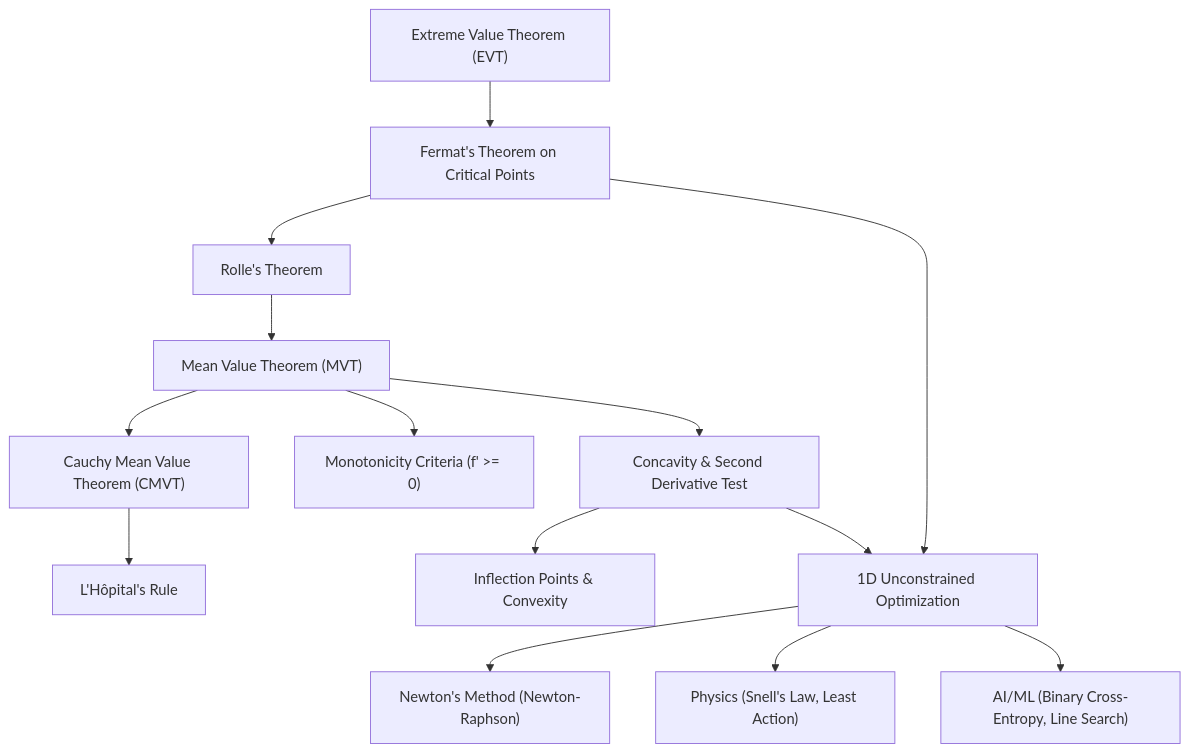
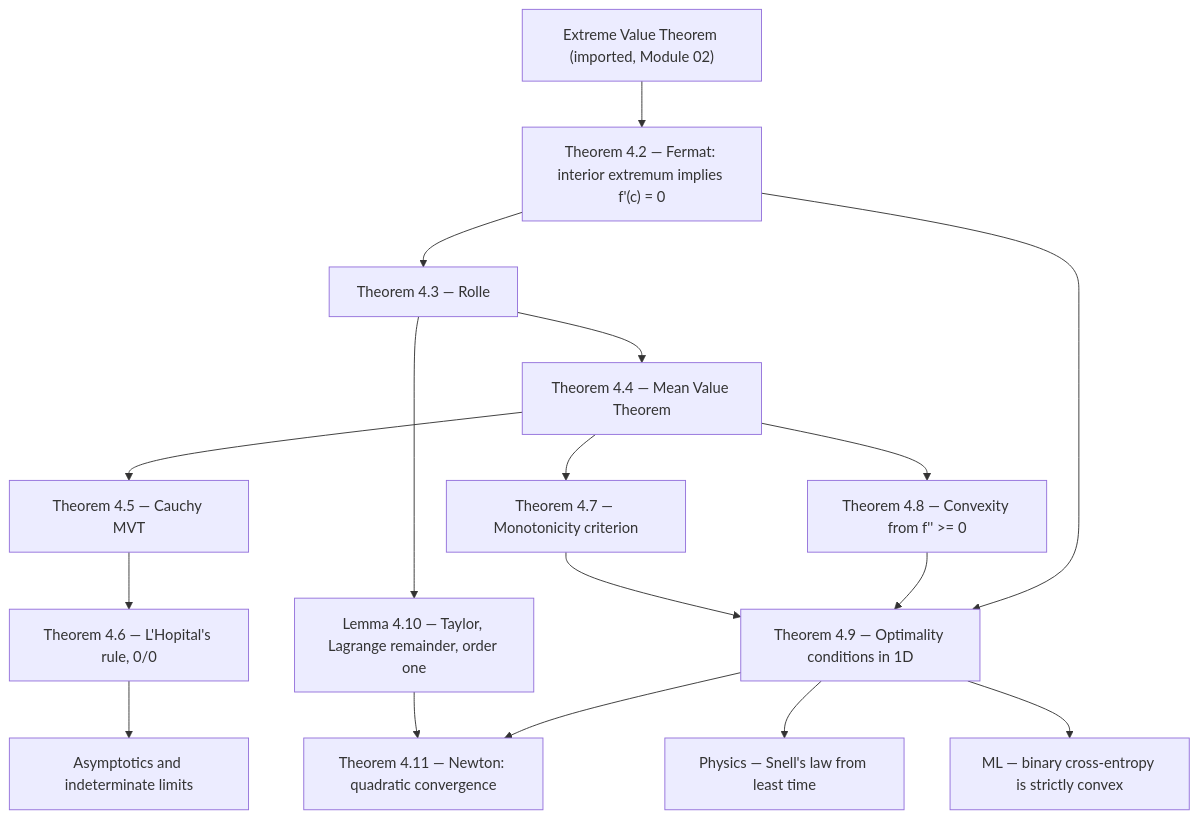
One commit to hien078/applied-mathematics-foundation changed the diagram in calculus/04_derivative_applications_optimization/README.md. Above: the diagram before and after it, drawn with Mermaid. The commit also changed other lines of this file and 25 other files, not shown here.

````diff
--- a/calculus/04_derivative_applications_optimization/README.md
+++ b/calculus/04_derivative_applications_optimization/README.md
@@ -32,16 +77,19 @@
 ```mermaid
 flowchart TD
-    A["Extreme Value Theorem (EVT)"] --> B["Fermat's Theorem on Critical Points"]
-    B --> C["Rolle's Theorem"]
-    C --> D["Mean Value Theorem (MVT)"]
-    D --> E["Cauchy Mean Value Theorem (CMVT)"]
-    E --> F["L'Hôpital's Rule"]
-    D --> G["Monotonicity Criteria (f' >= 0)"]
-    D --> H["Concavity & Second Derivative Test"]
-    H --> I["Inflection Points & Convexity"]
-    B --> J["1D Unconstrained Optimization"]
+    A["Extreme Value Theorem (imported, Module 02)"] --> B["Theorem 4.2 — Fermat: interior extremum implies f'(c) = 0"]
+    B --> C["Theorem 4.3 — Rolle"]
+    C --> D["Theorem 4.4 — Mean Value Theorem"]
+    D --> E["Theorem 4.5 — Cauchy MVT"]
+    E --> F["Theorem 4.6 — L'Hopital's rule, 0/0"]
+    D --> G["Theorem 4.7 — Monotonicity criterion"]
+    D --> H["Theorem 4.8 — Convexity from f'' >= 0"]
+    C --> T["Lemma 4.10 — Taylor, Lagrange remainder, order one"]
+    G --> J["Theorem 4.9 — Optimality conditions in 1D"]
     H --> J
-    J --> K["Newton's Method (Newton-Raphson)"]
-    J --> L["Physics (Snell's Law, Least Action)"]
-    J --> M["AI/ML (Binary Cross-Entropy, Line Search)"]
+    B --> J
+    T --> K["Theorem 4.11 — Newton: quadratic convergence"]
+    J --> K
+    F --> M["Asymptotics and indeterminate limits"]
+    J --> P["Physics — Snell's law from least time"]
+    J --> Q["ML — binary cross-entropy is strictly convex"]
 ```
````
